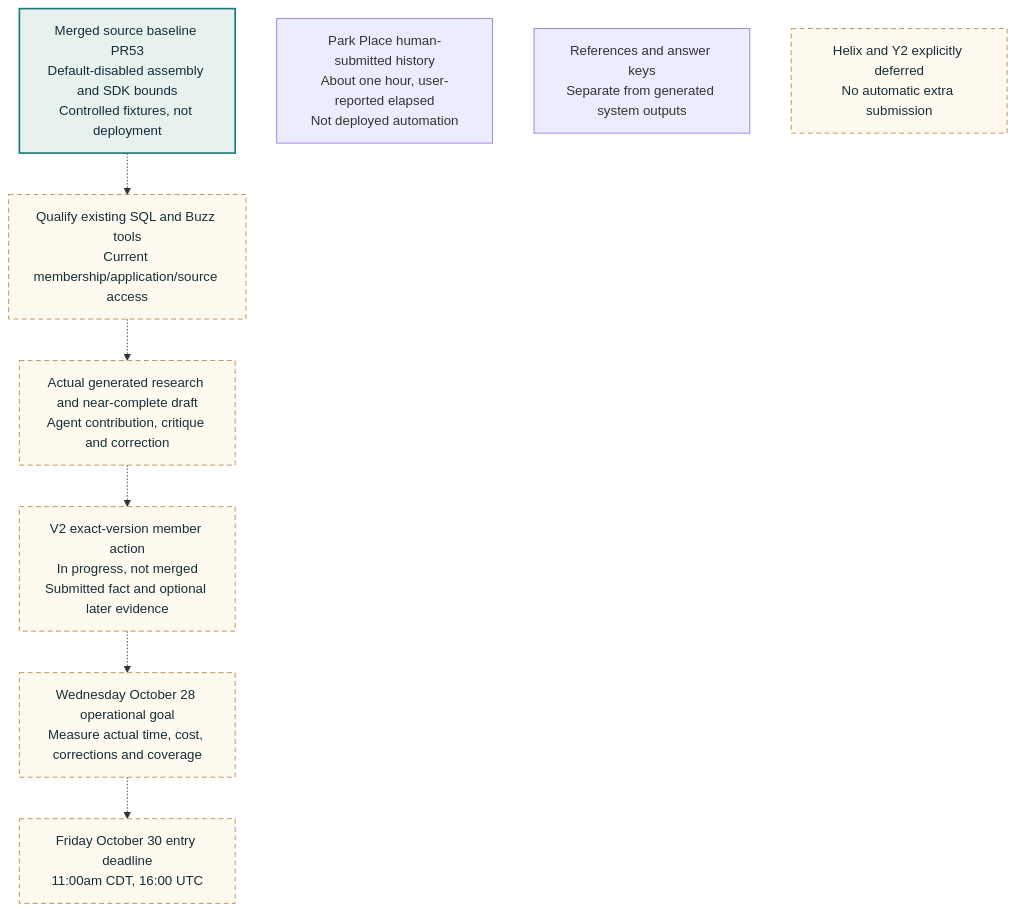
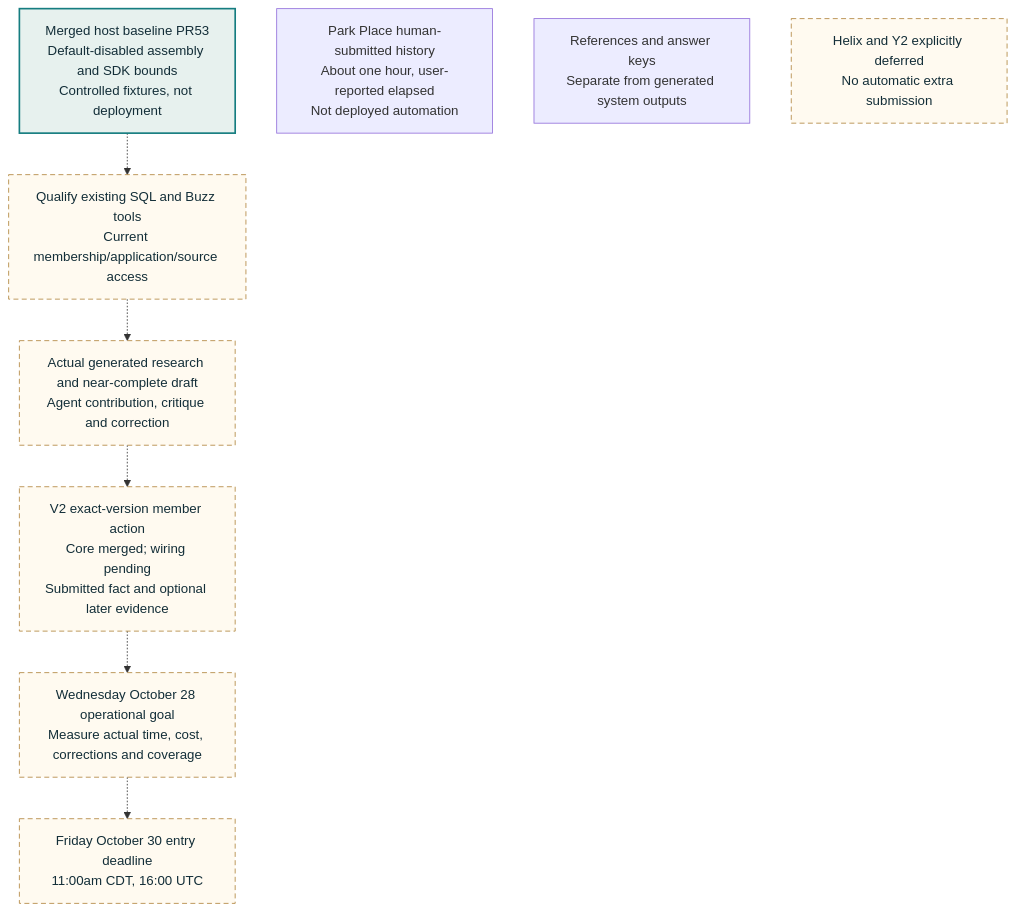
The diagram in docs/architecture/diagrams/funding-roadmap.mmd (NetRxn/Inertia), drawn with Mermaid before and after one commit. The commit also changed 22 other files, not shown here.

Commit message:
docs: sync merged packet core and SQL tool status

```diff
--- a/docs/architecture/diagrams/funding-roadmap.mmd
+++ b/docs/architecture/diagrams/funding-roadmap.mmd
@@ -1,17 +1,17 @@
 flowchart TB
- I["Merged source baseline PR53<br/>Default-disabled assembly and SDK bounds<br/>Controlled fixtures, not deployment"]
+ I["Merged host baseline PR53<br/>Default-disabled assembly and SDK bounds<br/>Controlled fixtures, not deployment"]
  I -.-> A["Qualify existing SQL and Buzz tools<br/>Current membership/application/source access"]
  A -.-> D["Actual generated research and near-complete draft<br/>Agent contribution, critique and correction"]
- D -.-> V["V2 exact-version member action<br/>In progress, not merged<br/>Submitted fact and optional later evidence"]
+ D -.-> V["V2 exact-version member action<br/>Core merged; wiring pending<br/>Submitted fact and optional later evidence"]
  V -.-> W["Wednesday October 28 operational goal<br/>Measure actual time, cost, corrections and coverage"]
  W -.-> F["Friday October 30 entry deadline<br/>11:00am CDT, 16:00 UTC"]
  P["Park Place human-submitted history<br/>About one hour, user-reported elapsed<br/>Not deployed automation"]
  R["References and answer keys<br/>Separate from generated system outputs"]
  L["Helix and Y2 explicitly deferred<br/>No automatic extra submission"]
  class I core
  class A,D,V,W,F,L planned
 
  classDef core fill:#e7f1ee,stroke:#157d80,color:#132e38,stroke-width:2px
  classDef planned fill:#fffaf0,stroke:#b1853e,color:#132e38,stroke-dasharray:6 4
  classDef reviewed fill:#f5f0ff,stroke:#8064a2,color:#132e38
  classDef store fill:#edf2f7,stroke:#61788b,color:#132e38
```
